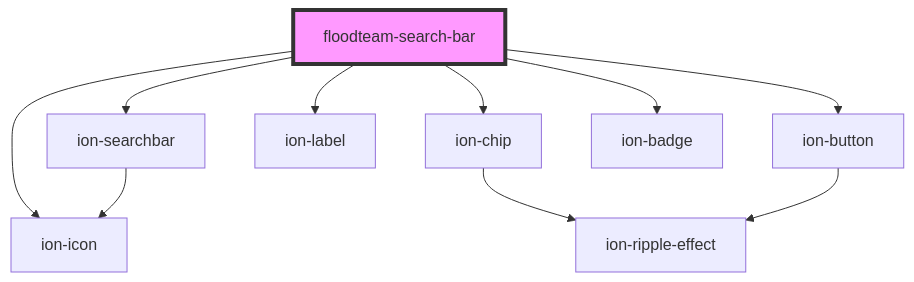
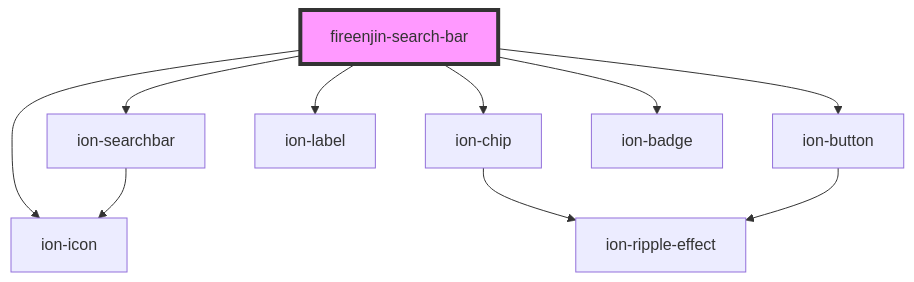
One commit to MadnessLabs/fireenjin-components changed the diagram in src/components/search-bar/readme.md. Above: the diagram before and after it, drawn with Mermaid. The commit also changed other lines of this file and 6 other files, not shown here.

````diff
--- a/src/components/search-bar/readme.md
+++ b/src/components/search-bar/readme.md
@@ -74,13 +72,13 @@
 ```mermaid
 graph TD;
-  floodteam-search-bar --> ion-searchbar
-  floodteam-search-bar --> ion-chip
-  floodteam-search-bar --> ion-icon
-  floodteam-search-bar --> ion-label
-  floodteam-search-bar --> ion-button
-  floodteam-search-bar --> ion-badge
+  fireenjin-search-bar --> ion-searchbar
+  fireenjin-search-bar --> ion-chip
+  fireenjin-search-bar --> ion-icon
+  fireenjin-search-bar --> ion-label
+  fireenjin-search-bar --> ion-button
+  fireenjin-search-bar --> ion-badge
   ion-searchbar --> ion-icon
   ion-chip --> ion-ripple-effect
   ion-button --> ion-ripple-effect
-  style floodteam-search-bar fill:#f9f,stroke:#333,stroke-width:4px
+  style fireenjin-search-bar fill:#f9f,stroke:#333,stroke-width:4px
 ```
````
